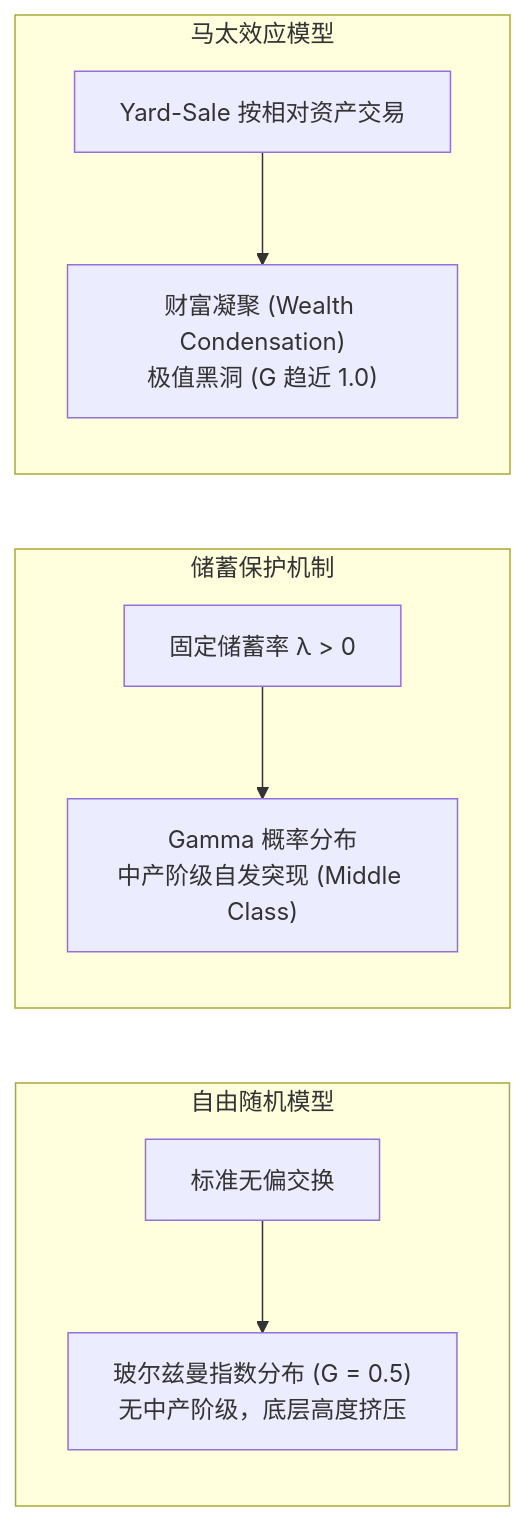
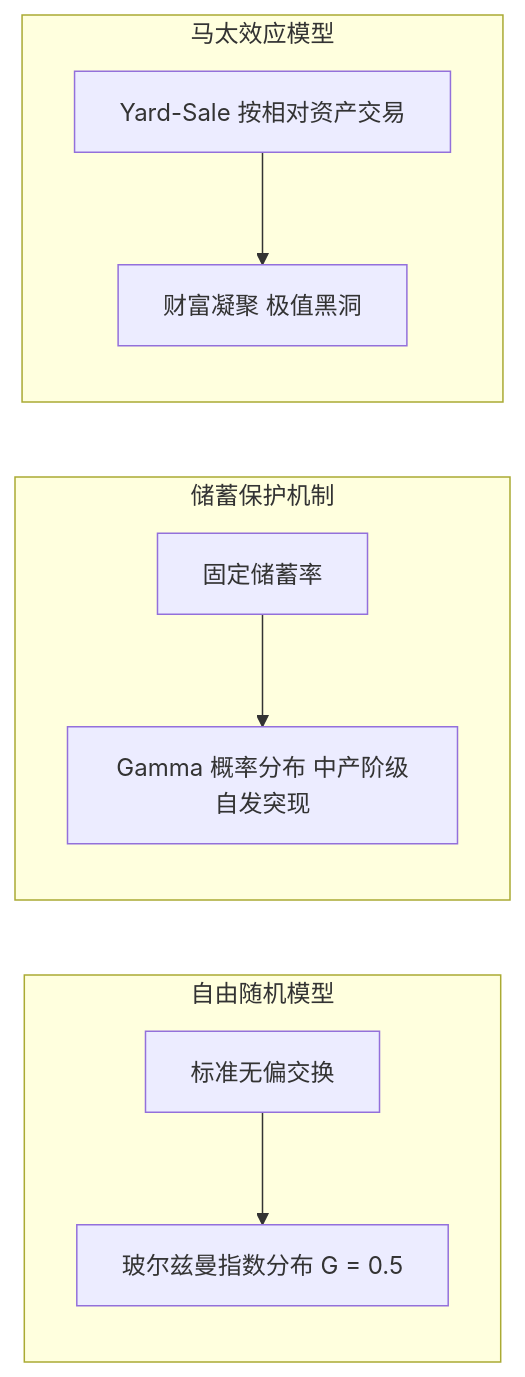
The second of 2 diagrams in content/posts/random-trade-exponential-wealth-20260815-212159/index.md (billzi2016/blog), drawn with Mermaid before and after one commit. The commit also changed other lines of this file and 4 other files, not shown here.

````diff
--- a/content/posts/random-trade-exponential-wealth-20260815-212159/index.md
+++ b/content/posts/random-trade-exponential-wealth-20260815-212159/index.md
@@ -115,12 +114,12 @@
 ```mermaid
 graph LR
     subgraph 自由随机模型
-        M1["标准无偏交换"] --> R1["玻尔兹曼指数分布 (G = 0.5)<br>无中产阶级，底层高度挤压"]
+        M1[标准无偏交换] --> R1[玻尔兹曼指数分布 G = 0.5]
     end
     subgraph 储蓄保护机制
-        M2["固定储蓄率 λ > 0"] --> R2["Gamma 概率分布<br>中产阶级自发突现 (Middle Class)"]
+        M2[固定储蓄率] --> R2[Gamma 概率分布 中产阶级自发突现]
     end
     subgraph 马太效应模型
-        M3["Yard-Sale 按相对资产交易"] --> R3["财富凝聚 (Wealth Condensation)<br>极值黑洞 (G 趋近 1.0)"]
+        M3[Yard-Sale 按相对资产交易] --> R3[财富凝聚 极值黑洞]
     end
 ```
````
